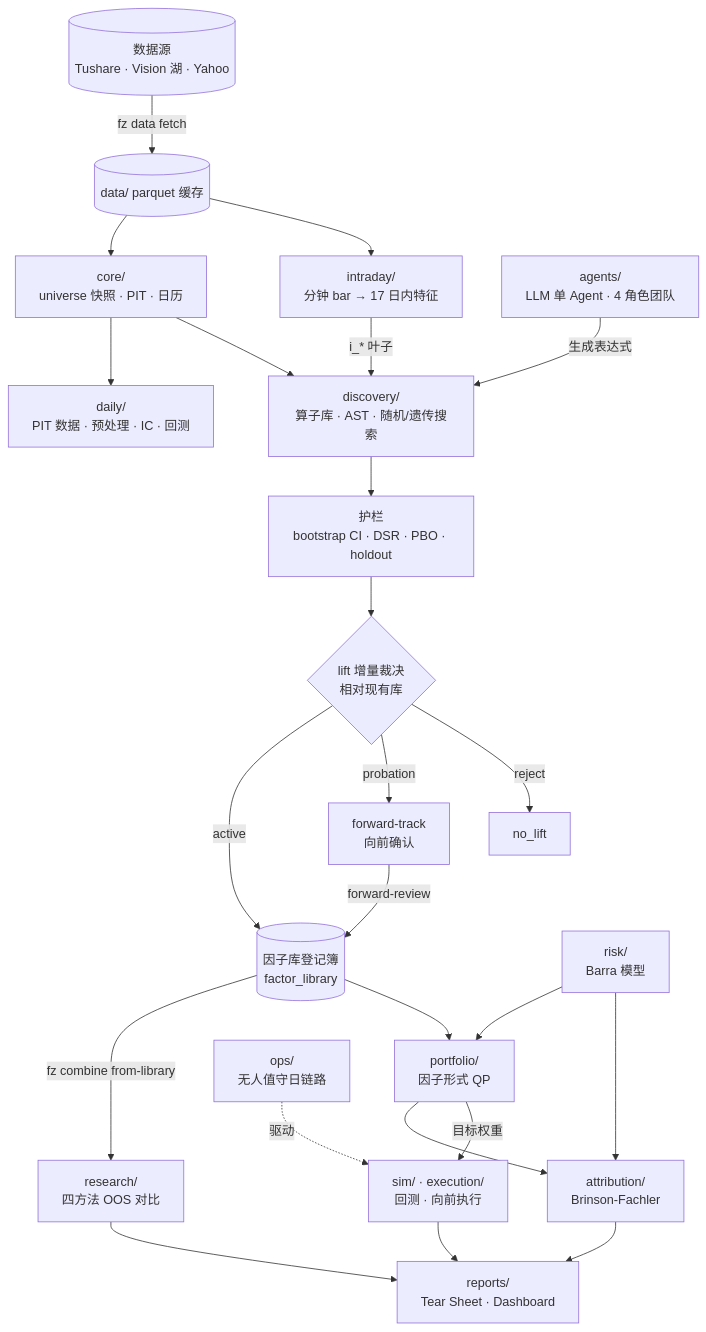
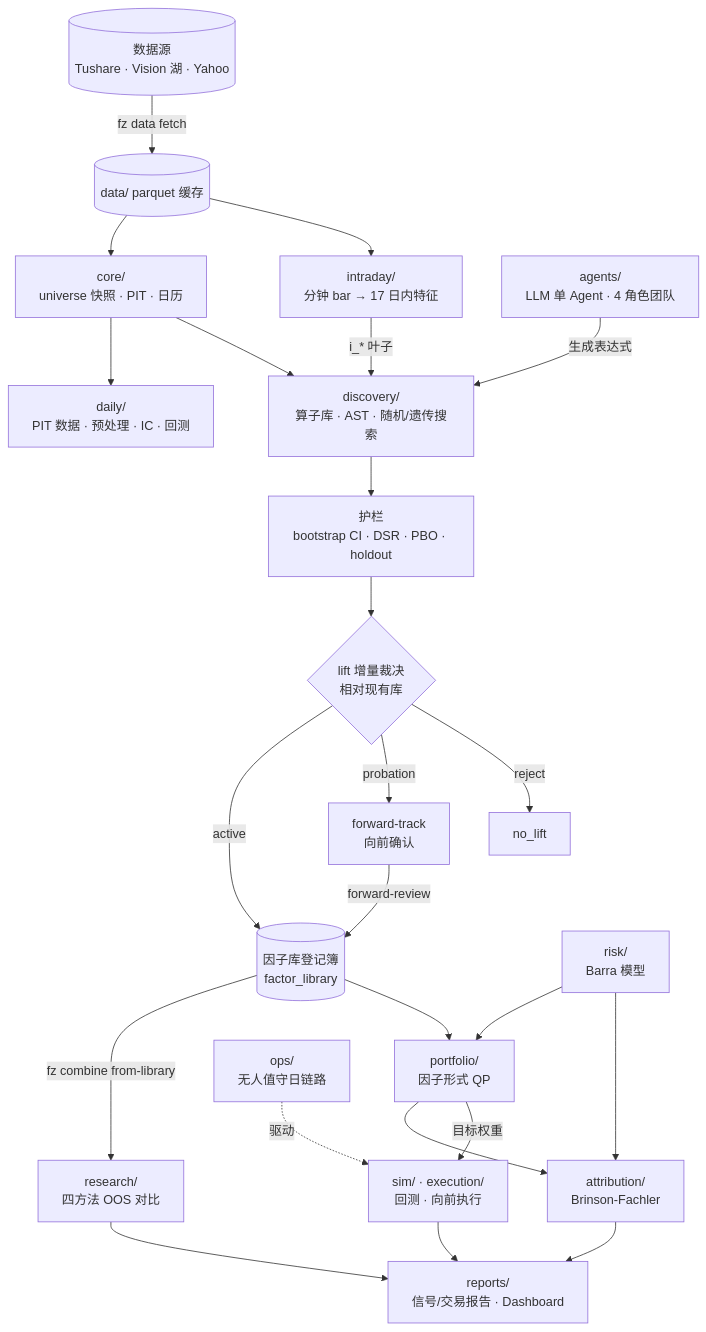
Before and after one commit to rookiewu417/FactorZen: the diagram in docs/concepts/architecture.md, drawn with Mermaid. The commit also changed other lines of this file and 11 other files, not shown here.

````diff
--- a/docs/concepts/architecture.md
+++ b/docs/concepts/architecture.md
@@ -59,31 +59,31 @@
 ```mermaid
 graph TD
     SRC[("数据源<br/>Tushare · Vision 湖 · Yahoo")] -->|fz data fetch| RAW[("data/ parquet 缓存")]
     RAW --> CORE["core/<br/>universe 快照 · PIT · 日历"]
     RAW --> INTRA["intraday/<br/>分钟 bar → 17 日内特征"]
 
     CORE --> DAILY["daily/<br/>PIT 数据 · 预处理 · IC · 回测"]
     INTRA -->|i_* 叶子| DISC
     CORE --> DISC["discovery/<br/>算子库 · AST · 随机/遗传搜索"]
     AGENTS["agents/<br/>LLM 单 Agent · 4 角色团队"] -->|生成表达式| DISC
 
     DISC --> GUARD["护栏<br/>bootstrap CI · DSR · PBO · holdout"]
     GUARD --> LIFT{"lift 增量裁决<br/>相对现有库"}
 
     LIFT -->|active| LIB[("因子库登记簿<br/>factor_library")]
     LIFT -->|probation| FWD["forward-track<br/>向前确认"]
     LIFT -->|reject| X["no_lift"]
     FWD -->|forward-review| LIB
 
     LIB -->|fz combine from-library| RES["research/<br/>四方法 OOS 对比"]
     LIB --> PORT["portfolio/<br/>因子形式 QP"]
     RISK["risk/<br/>Barra 模型"] --> PORT
     RISK --> ATTR["attribution/<br/>Brinson-Fachler"]
     PORT --> ATTR
     PORT -->|目标权重| SIM["sim/ · execution/<br/>回测 · 向前执行"]
 
-    SIM --> RPT["reports/<br/>Tear Sheet · Dashboard"]
+    SIM --> RPT["reports/<br/>信号/交易报告 · Dashboard"]
     ATTR --> RPT
     RES --> RPT
     OPS["ops/<br/>无人值守日链路"] -.驱动.-> SIM
 ```
````
